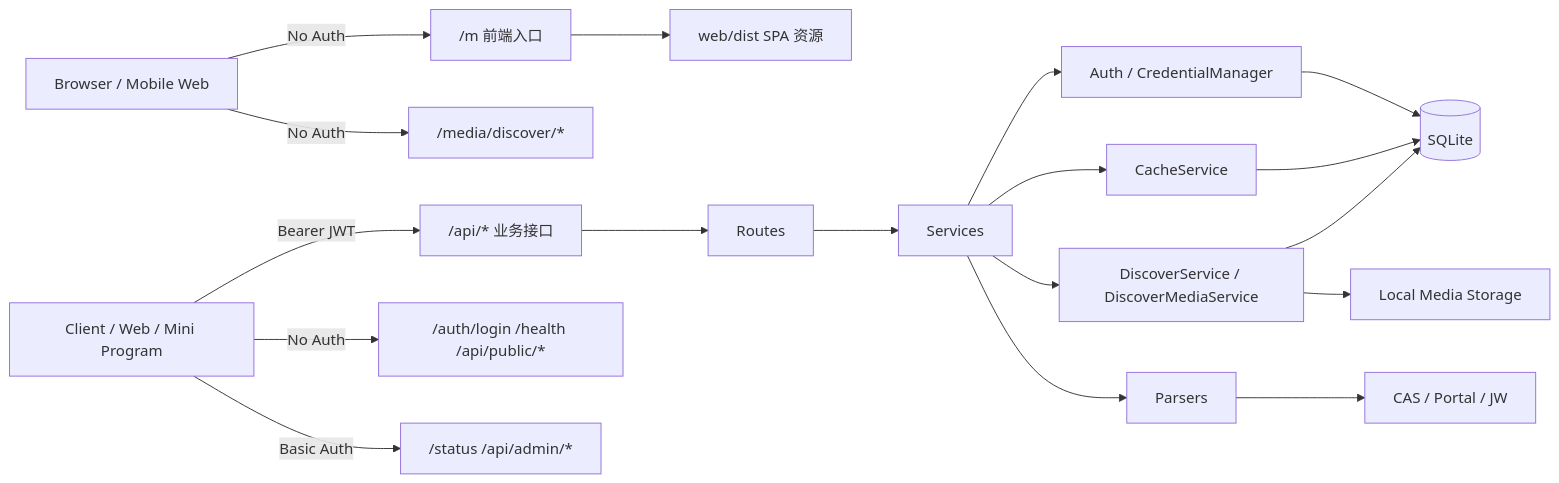
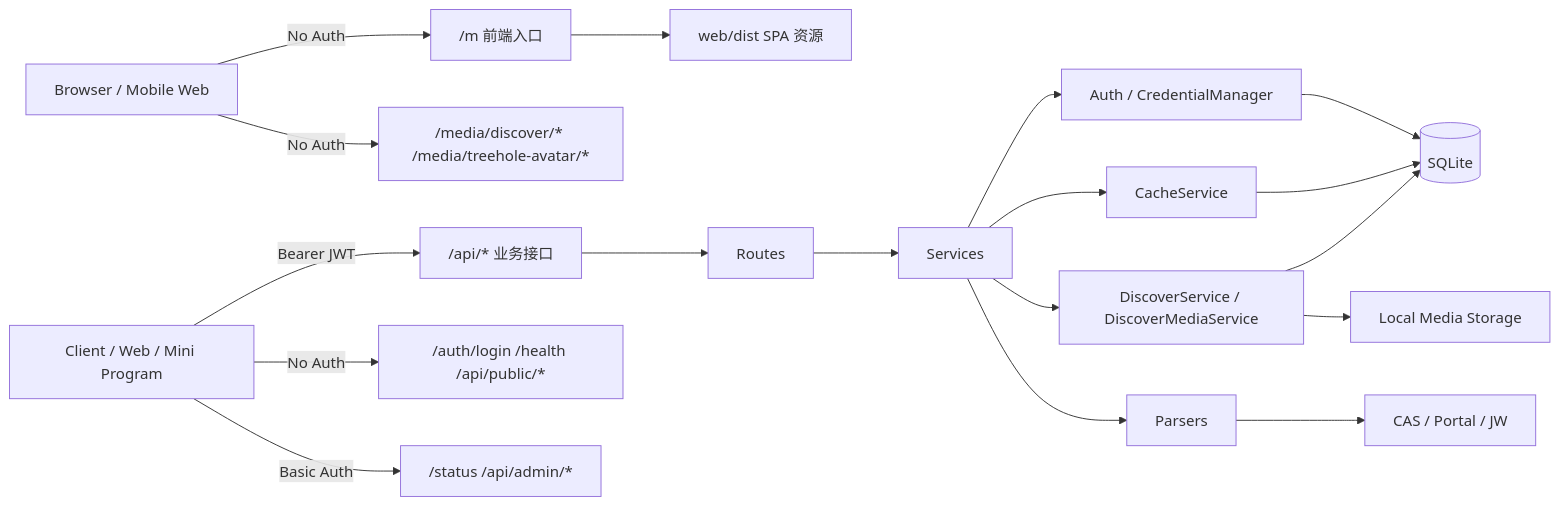
One commit to Yuxiangyun/huas-wechat changed the diagram in ARCHITECTURE.md. Above: the diagram before and after it, drawn with Mermaid. The commit also changed other lines of this file and 39 other files, not shown here.

First line of the commit message:
feat: add treehole avatar upload and management functionality

````diff
--- a/ARCHITECTURE.md
+++ b/ARCHITECTURE.md
@@ -42,21 +42,21 @@
 ```mermaid
 flowchart LR
   Browser["Browser / Mobile Web"] -->|No Auth| Web["/m 前端入口"]
   Client["Client / Web / Mini Program"] -->|Bearer JWT| API["/api/* 业务接口"]
   Client -->|No Auth| Public["/auth/login /health /api/public/*"]
   Client -->|Basic Auth| Admin["/status /api/admin/*"]
-  Browser -->|No Auth| Media["/media/discover/*"]
+  Browser -->|No Auth| Media["/media/discover/* /media/treehole-avatar/*"]
 
   Web --> Assets["web/dist SPA 资源"]
   API --> Routes
   Routes --> Services
   Services --> Auth["Auth / CredentialManager"]
   Services --> Cache["CacheService"]
   Services --> Discover["DiscoverService / DiscoverMediaService"]
   Services --> Parsers
   Auth --> DB[(SQLite)]
   Cache --> DB
   Discover --> DB
   Discover --> Files["Local Media Storage"]
   Parsers --> Upstream["CAS / Portal / JW"]
 ```
````
